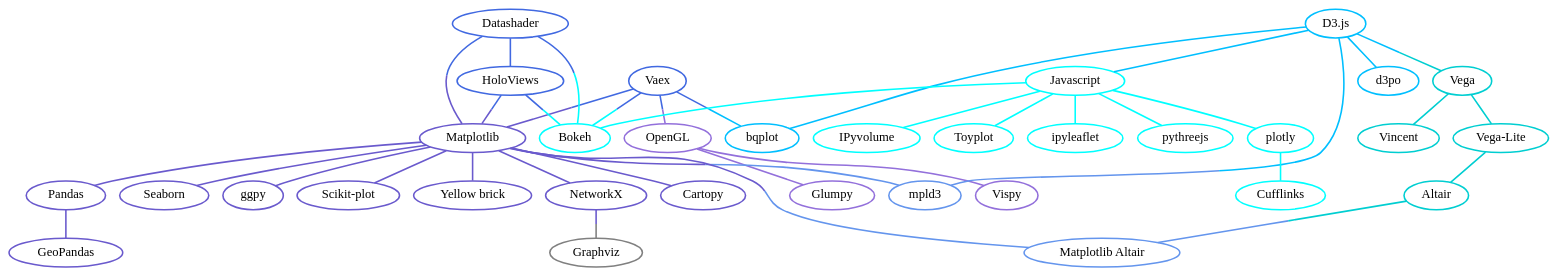
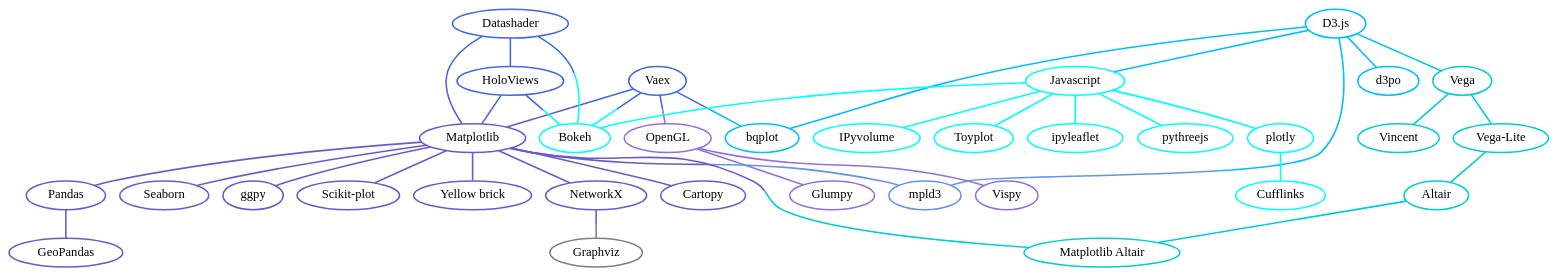
The diagram in docs/viz/index.rst (veit/jupyter-tutorial), drawn with Graphviz before and after one commit. The commit also changed other lines of this file and 1 other file, not shown here.

Commit message:
Rearrange viz docs

```diff
--- a/docs/viz/index.rst
+++ b/docs/viz/index.rst
@@ -108,6 +108,7 @@
         networkx -- graphviz [color="slateblue;0.5:gray"]
         mpl -- networkx [color="slateblue"]
         mpl -- cartopy [color="slateblue"]
+        mpl -- mpl_altair [color="slateblue;0.5:darkturquoise"]
 
         // Vaex, HoloViews, datashader
         vaex [
@@ -168,7 +169,7 @@
             tooltip="Deklarative Sprache für\ninteraktive Visualisierungen",
             color="darkturquoise",
             target="_top",
-            href="https://vega.github.io/vega/"]
+            href="../viz/vega/index.html"]
         vincent [
             label="Vincent",
             tooltip="Python-Bibliothek für\nVega-Anwendungen",
@@ -190,13 +191,13 @@
         mpl_altair [
             label="Matplotlib Altair",
             tooltip="Matplotlib-Renderer\nfür Altair",
-            color="cornflowerblue",
+            color="darkturquoise",
             target="_top",
             href="https://matplotlib.org/mpl-altair/"]
         vega -- vincent [color="darkturquoise"]
         vega -- vega_light [color="darkturquoise"]
         vega_light -- altair [color="darkturquoise"]
-        altair -- mpl_altair [color="darkturquoise;0.5:cornflowerblue"]
+        altair -- mpl_altair [color="darkturquoise"]
 
         // Javascript
         javascript [
@@ -252,8 +253,6 @@
         javascript -- toyplot [color="cyan"]
         javascript -- bokeh [color="cyan"]
         javascript -- pythreejs [color="cyan"]
-
         d3js -- javascript [color="deepskyblue"]
         mpl -- mpld3 [color="slateblue;0.5:cornflowerblue"]
-        mpl -- mpl_altair [color="slateblue;0.5:cornflowerblue"]
     }
```
